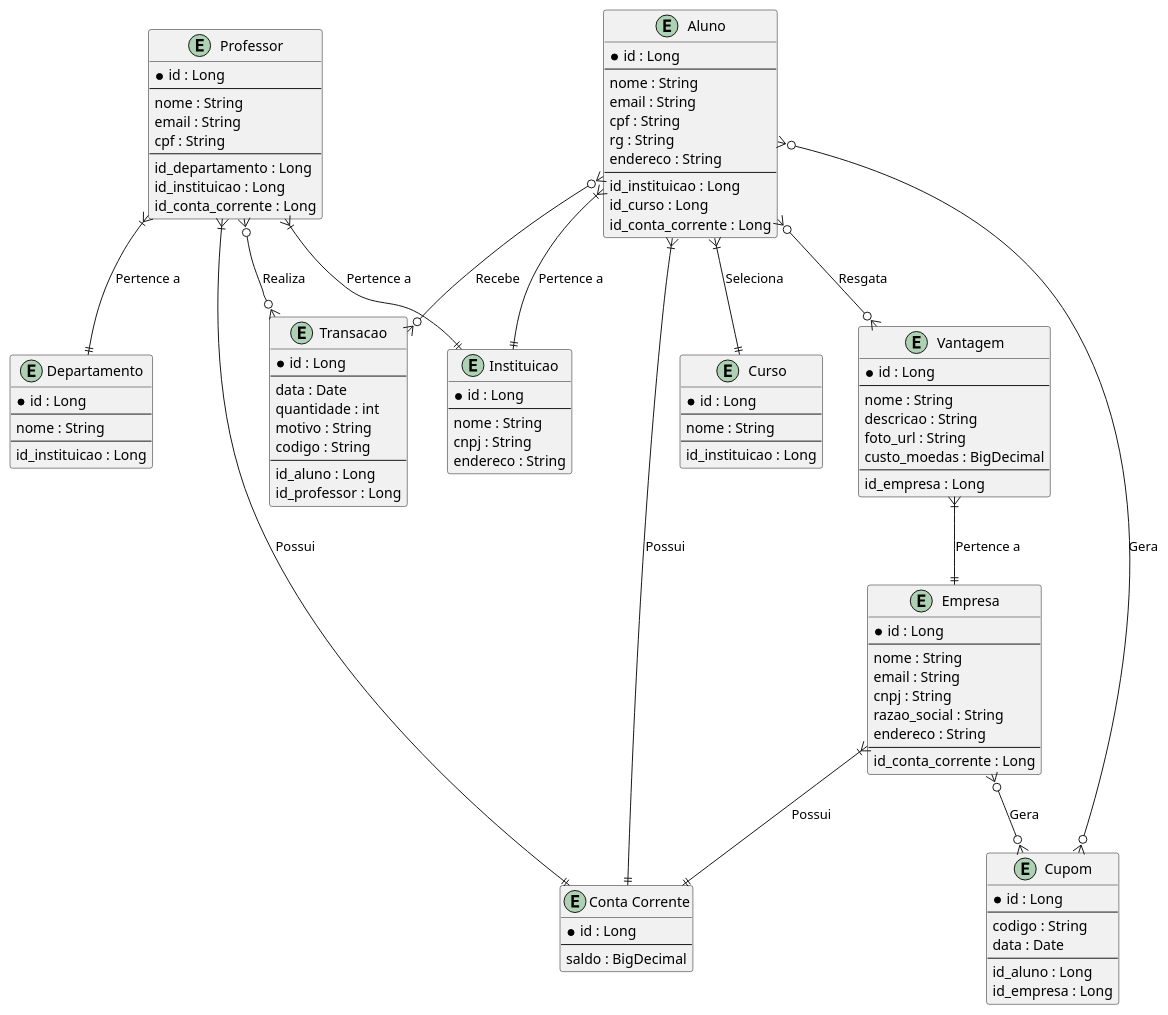
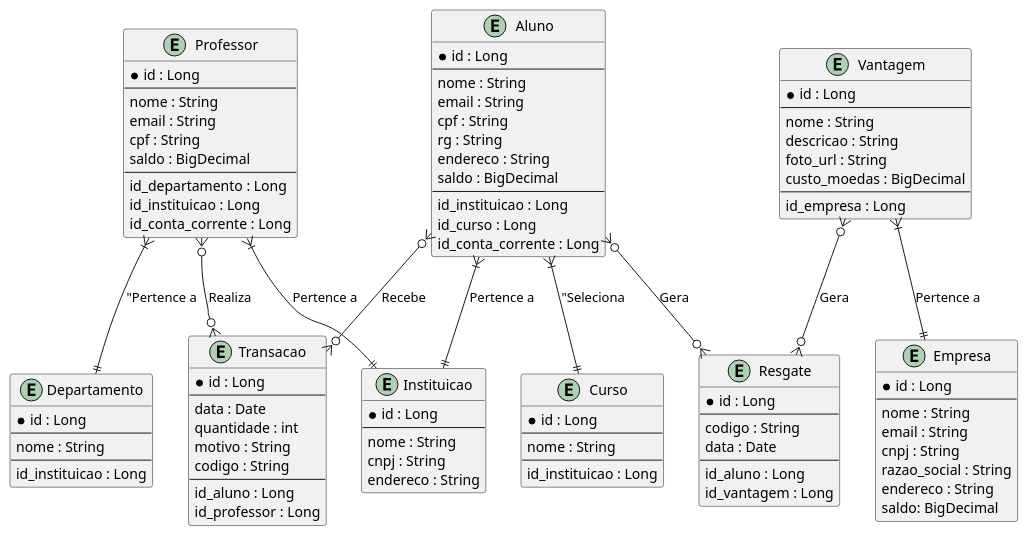
One commit to JoaoYM/Lab03_LDS changed the diagram in projeto/Diagrama ER/Diagrama_ER.puml. Above: the diagram before and after it, drawn with PlantUML. The commit also changed 2 other files, not shown here.

Commit message:
Diagramas corrigidos

```diff
--- a/projeto/Diagrama ER/Diagrama_ER.puml
+++ b/projeto/Diagrama ER/Diagrama_ER.puml
@@ -1,120 +1,111 @@
 @startuml
 
 entity "Aluno" as Aluno {
   * id : Long
   --
   nome : String
   email : String
   cpf : String
   rg : String
   endereco : String
+  saldo : BigDecimal
   --
   id_instituicao : Long
   id_curso : Long
   id_conta_corrente : Long
 }
 
 entity "Professor" as Professor {
   * id : Long
   --
   nome : String
   email : String
   cpf : String
+  saldo : BigDecimal
   --
   id_departamento : Long
   id_instituicao : Long
   id_conta_corrente : Long
 }
 
 entity "Instituicao" as Instituicao {
   * id : Long
   --
   nome : String
   cnpj : String
   endereco : String
 }
 
 entity "Curso" as Curso {
   * id : Long
   --
   nome : String
   --
   id_instituicao : Long
 }
 
 entity "Departamento" as Departamento {
   * id : Long
   --
   nome : String
   --
   id_instituicao : Long
 }
 
 entity "Vantagem" as Vantagem {
   * id : Long
   --
   nome : String
   descricao : String
   foto_url : String
   custo_moedas : BigDecimal
   --
   id_empresa : Long
 }
 
 entity "Empresa" as Empresa {
   * id : Long
   --
   nome : String
   email : String
   cnpj : String
   razao_social : String
   endereco : String
-  --
-  id_conta_corrente : Long
-}
-
-entity "Conta Corrente" as ContaCorrente {
-  * id : Long
-  --
-  saldo : BigDecimal
+  saldo: BigDecimal
 }
 
 entity "Transacao" as Transacao {
   * id : Long
   --
   data : Date
   quantidade : int
   motivo : String
   codigo : String
   --
   id_aluno : Long
   id_professor : Long
 }
 
-entity "Cupom" as Cupom {
+entity "Resgate" as Resgate {
   * id : Long
   --
   codigo : String
   data : Date
   --
   id_aluno : Long
-  id_empresa : Long
+  id_vantagem : Long
 }
 
 ' Relacionamentos
 
 Aluno }|--|| Instituicao : "Pertence a"
-Aluno }|--|| Curso : "Seleciona"
-Aluno }|--|| ContaCorrente : "Possui"
+Aluno }|--|| Curso : "Seleciona
 Professor }|--|| Instituicao : "Pertence a"
-Professor }|--|| Departamento : "Pertence a"
-Professor }|--|| ContaCorrente : "Possui"
+Professor }|--|| Departamento : "Pertence a
 Professor }o--o{ Transacao : "Realiza"
 Aluno }o--o{ Transacao : "Recebe"
 Vantagem }|--|| Empresa : "Pertence a"
-Empresa }|--|| ContaCorrente : "Possui"
-Aluno }o--o{ Vantagem : "Resgata"
-Aluno }o--o{ Cupom : "Gera"
-Empresa }o--o{ Cupom : "Gera"
+Aluno }o--o{ Resgate : "Gera"
+Vantagem }o--o{ Resgate : "Gera"
 
 @enduml
```
